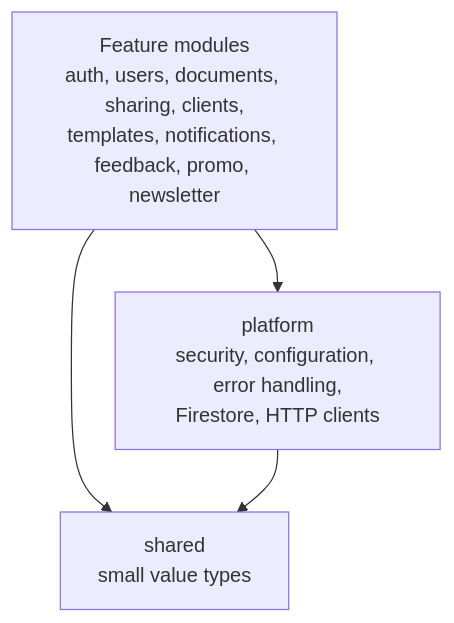
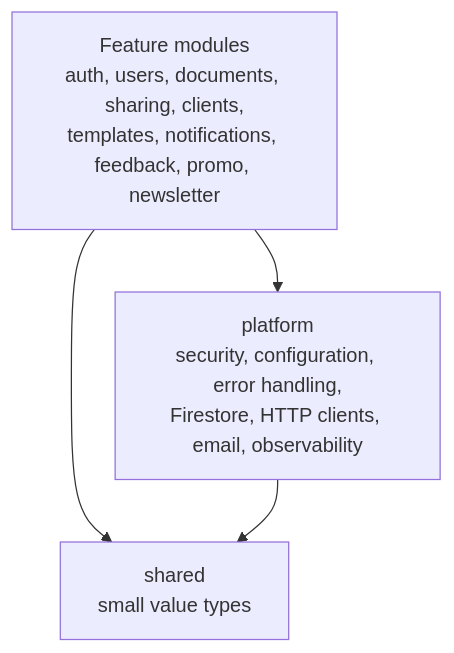
Before and after one commit to altalyst-solutions/dokiments-api: the first of 2 diagrams in docs/architecture.md, drawn with Mermaid. The commit also changed other lines of this file and 5 other files, not shown here.

````diff
--- a/docs/architecture.md
+++ b/docs/architecture.md
@@ -20,7 +20,7 @@
 ```mermaid
 flowchart TB
     features["Feature modules<br/>auth, users, documents, sharing, clients,<br/>templates, notifications, feedback, promo, newsletter"]
-    features --> platform["platform<br/>security, configuration, error handling,<br/>Firestore, HTTP clients"]
+    features --> platform["platform<br/>security, configuration, error handling,<br/>Firestore, HTTP clients, email, observability"]
     features --> shared["shared<br/>small value types"]
     platform --> shared
 ```
````
